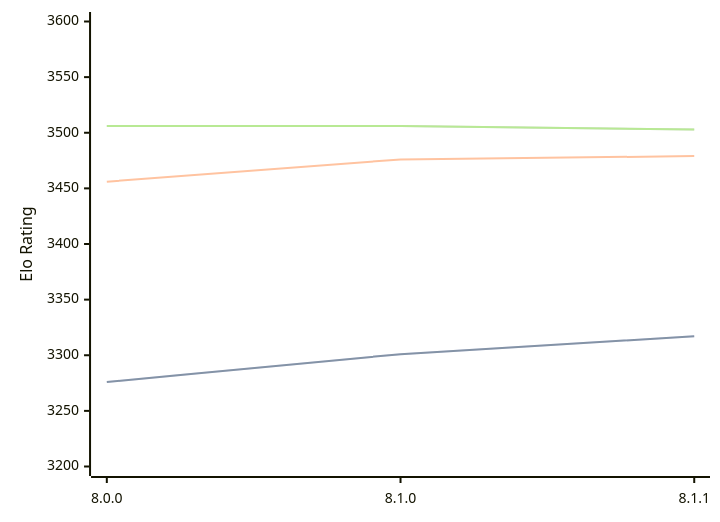
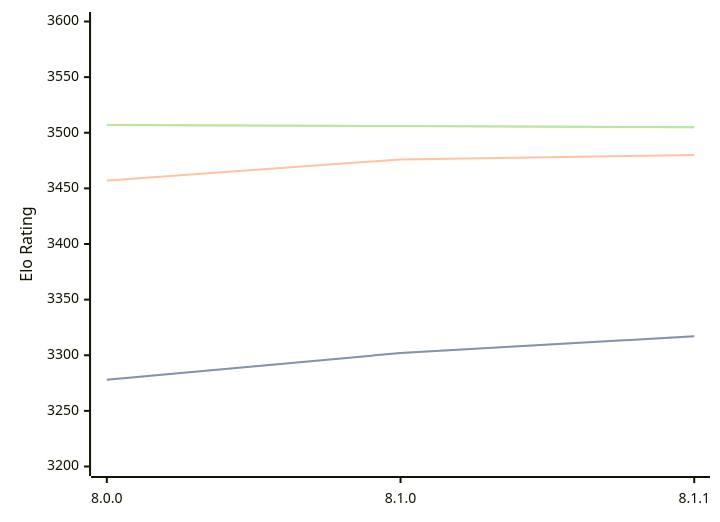
The diagram in engines/Velvet.md (computer-chess-index/cci), drawn with Mermaid before and after one commit. The commit also changed other lines of this file, not shown here.

Commit message:
Update CCI Ratings (ELO VLTC) - 2026-04-24

````diff
--- a/engines/Velvet.md
+++ b/engines/Velvet.md
@@ -57,11 +57,11 @@
 ```mermaid
 %%{init: {"theme":"base","themeVariables":{"seriesColors:['#a3a3a3','#222221','#faa371']}}}%%
 xychart-beta
   x-axis ["8.0.0", "8.1.0", "8.1.1"]
   y-axis "Elo Rating" 3200 --> 3600
-  line "STC (8.0+0.08s)" [3276, 3301, 3317]
-  line "STC (8.0+0.08s)" [3276, 3301, 3317]
-  line "LTC (60.0+0.60s)" [3456, 3476, 3479]
-  line "VLTC (2m24s+1.12s)" [3506, 3506, 3503]
-  line "VLTC (2m24s+1.12s)" [3506, 3506, 3503]
+  line "STC (8.0+0.08s)" [3278, 3302, 3317]
+  line "STC (8.0+0.08s)" [3278, 3302, 3317]
+  line "LTC (60.0+0.60s)" [3457, 3476, 3480]
+  line "VLTC (2m24s+1.12s)" [3507, 3506, 3505]
+  line "VLTC (2m24s+1.12s)" [3507, 3506, 3505]
 ```
````
